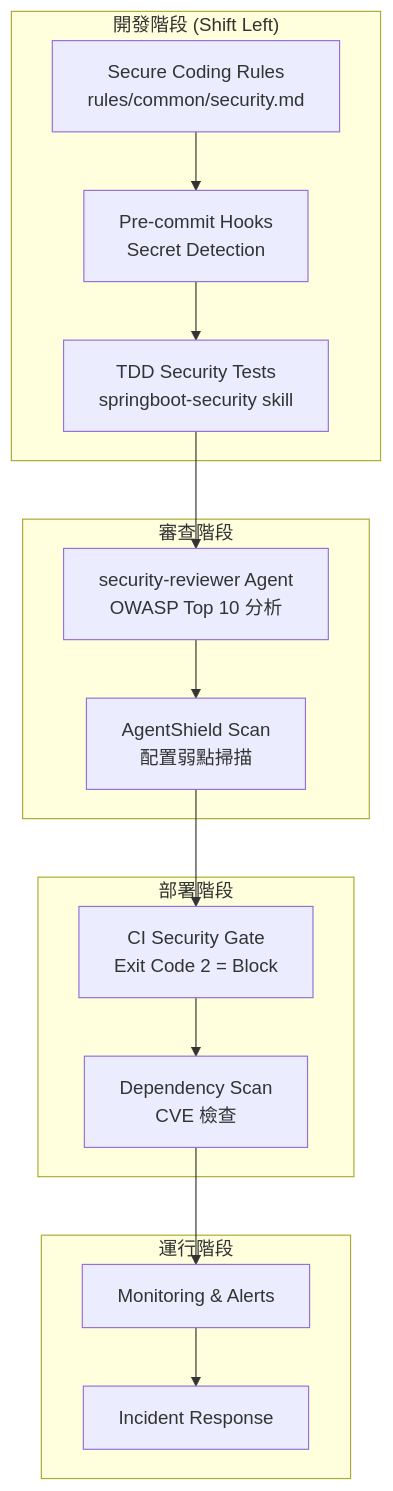
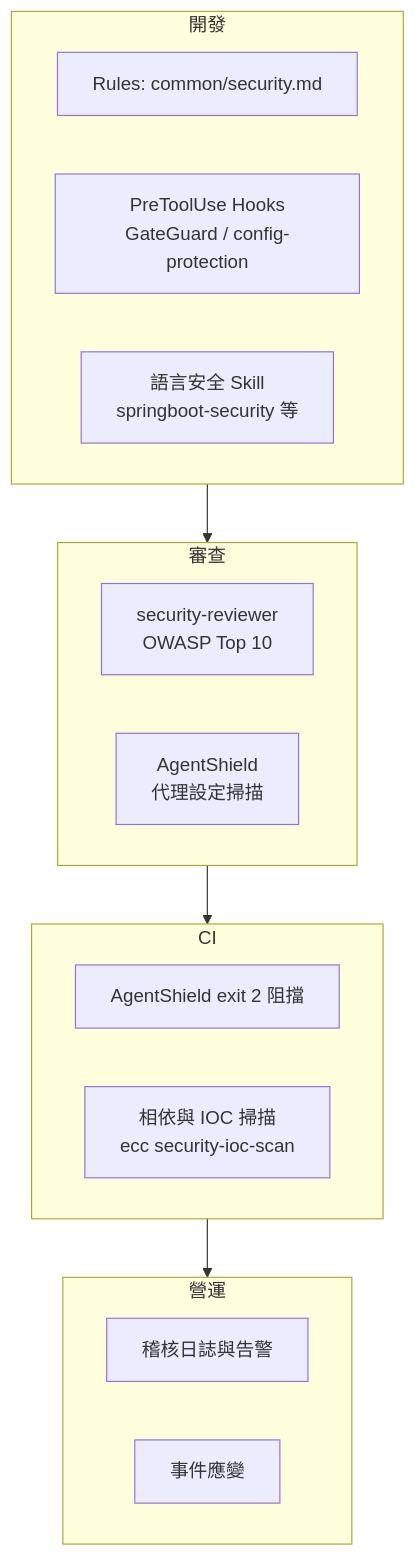
One commit to chihhung/Blog changed diagram 16 of 29 in content/posts/教學/AI開發/Everything Claude Code 教學手冊.md. Above: the diagram before and after it, drawn with Mermaid. The commit also changed other lines of this file, not shown here.

Commit message:
docs: update Everything Claude code 教學手冊

````diff
--- a/content/posts/教學/AI開發/Everything Claude Code 教學手冊.md
+++ b/content/posts/教學/AI開發/Everything Claude Code 教學手冊.md
@@ -2614,25 +2949,21 @@
 ```mermaid
 graph TB
-    subgraph "開發階段 (Shift Left)"
-        A["Secure Coding Rules<br/>rules/common/security.md"]
-        B["Pre-commit Hooks<br/>Secret Detection"]
-        C["TDD Security Tests<br/>springboot-security skill"]
+    subgraph DEV["開發"]
+        A["Rules: common/security.md"]
+        B["PreToolUse Hooks<br/>GateGuard / config-protection"]
+        C["語言安全 Skill<br/>springboot-security 等"]
     end
-    
-    subgraph "審查階段"
-        D["security-reviewer Agent<br/>OWASP Top 10 分析"]
-        E["AgentShield Scan<br/>配置弱點掃描"]
+    subgraph REV["審查"]
+        D["security-reviewer<br/>OWASP Top 10"]
+        E["AgentShield<br/>代理設定掃描"]
     end
-    
-    subgraph "部署階段"
-        F["CI Security Gate<br/>Exit Code 2 = Block"]
-        G["Dependency Scan<br/>CVE 檢查"]
+    subgraph CI["CI"]
+        F["AgentShield exit 2 阻擋"]
+        G["相依與 IOC 掃描<br/>ecc security-ioc-scan"]
     end
-    
-    subgraph "運行階段"
-        H["Monitoring & Alerts"]
-        I["Incident Response"]
+    subgraph OPS["營運"]
+        H["稽核日誌與告警"]
+        I["事件應變"]
     end
-    
-    A --> B --> C --> D --> E --> F --> G --> H --> I
+    DEV --> REV --> CI --> OPS
 ```
````
